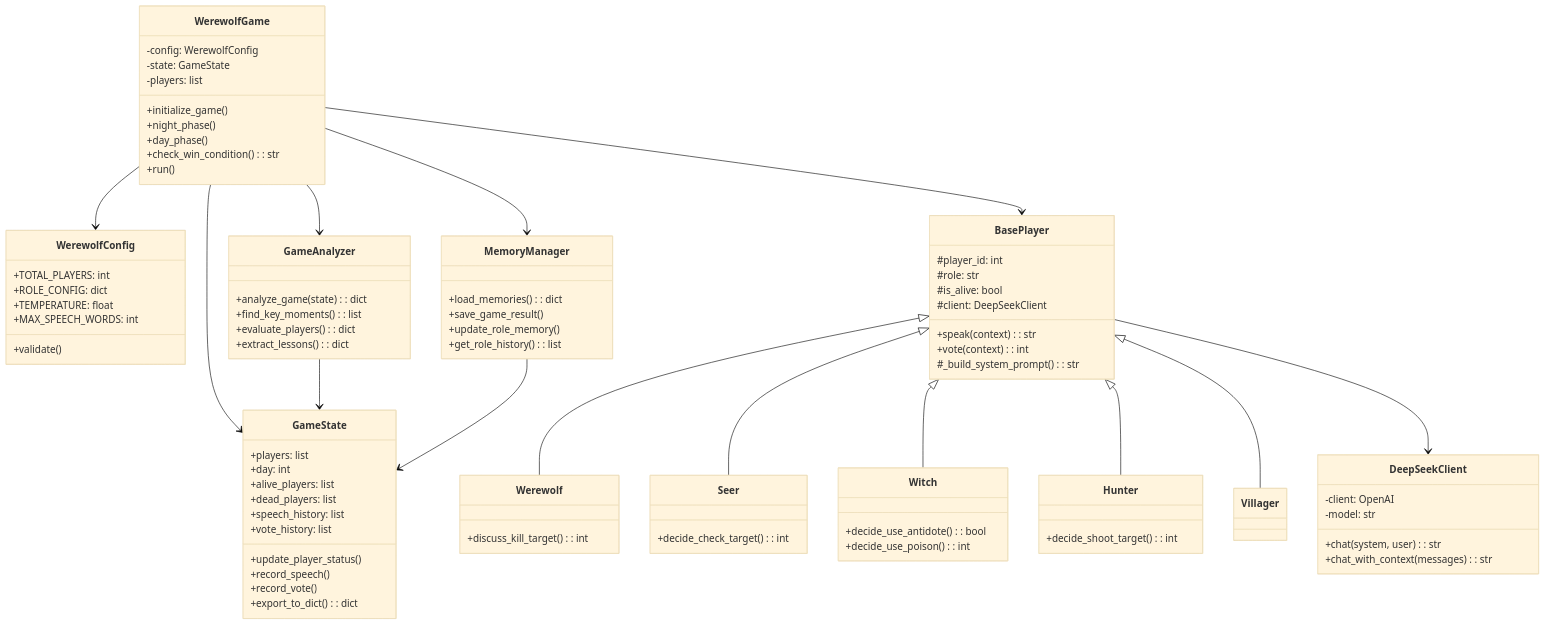
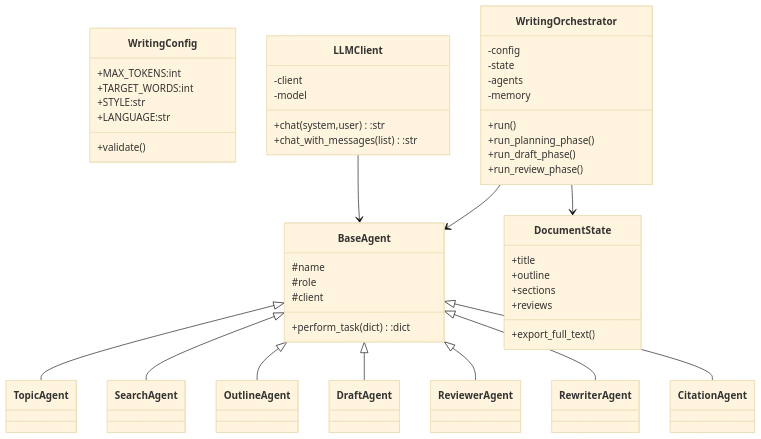
The eighth of 9 diagrams in README.md (ddssmm1/ai-writing-workflow), drawn with Mermaid (base theme) before and after one commit. The commit also changed other lines of this file, not shown here.

````diff
--- a/README.md
+++ b/README.md
@@ -266,102 +219,63 @@
 ```mermaid
 classDiagram
-    class WerewolfConfig {
-        +TOTAL_PLAYERS: int
-        +ROLE_CONFIG: dict
-        +TEMPERATURE: float
-        +MAX_SPEECH_WORDS: int
+    class WritingConfig {
+        +MAX_TOKENS:int
+        +TARGET_WORDS:int
+        +STYLE:str
+        +LANGUAGE:str
         +validate()
     }
 
-    class DeepSeekClient {
-        -client: OpenAI
-        -model: str
-        +chat(system, user): str
-        +chat_with_context(messages): str
+    class LLMClient {
+        -client
+        -model
+        +chat(system,user):str
+        +chat_with_messages(list):str
     }
 
-    class BasePlayer {
-        #player_id: int
-        #role: str
-        #is_alive: bool
-        #client: DeepSeekClient
-        +speak(context): str
-        +vote(context): int
-        #_build_system_prompt(): str
+    class BaseAgent {
+        #name
+        #role
+        #client
+        +perform_task(dict):dict
     }
 
-    class Werewolf {
-        +discuss_kill_target(): int
+    class TopicAgent
+    class SearchAgent
+    class OutlineAgent
+    class DraftAgent
+    class ReviewerAgent
+    class RewriterAgent
+    class CitationAgent
+
+    BaseAgent <|-- TopicAgent
+    BaseAgent <|-- SearchAgent
+    BaseAgent <|-- OutlineAgent
+    BaseAgent <|-- DraftAgent
+    BaseAgent <|-- ReviewerAgent
+    BaseAgent <|-- RewriterAgent
+    BaseAgent <|-- CitationAgent
+
+    class DocumentState {
+        +title
+        +outline
+        +sections
+        +reviews
+        +export_full_text()
     }
 
-    class Seer {
-        +decide_check_target(): int
+    class WritingOrchestrator {
+        -config
+        -state
+        -agents
+        -memory
+        +run()
+        +run_planning_phase()
+        +run_draft_phase()
+        +run_review_phase()
     }
 
-    class Witch {
-        +decide_use_antidote(): bool
-        +decide_use_poison(): int
-    }
-
-    class Hunter {
-        +decide_shoot_target(): int
-    }
-
-    class Villager {
-    }
-
-    class GameState {
-        +players: list
-        +day: int
-        +alive_players: list
-        +dead_players: list
-        +speech_history: list
-        +vote_history: list
-        +update_player_status()
-        +record_speech()
-        +record_vote()
-        +export_to_dict(): dict
-    }
-
-    class WerewolfGame {
-        -config: WerewolfConfig
-        -state: GameState
-        -players: list
-        +initialize_game()
-        +night_phase()
-        +day_phase()
-        +check_win_condition(): str
-        +run()
-    }
-
-    class GameAnalyzer {
-        +analyze_game(state): dict
-        +find_key_moments(): list
-        +evaluate_players(): dict
-        +extract_lessons(): dict
-    }
-
-    class MemoryManager {
-        +load_memories(): dict
-        +save_game_result()
-        +update_role_memory()
-        +get_role_history(): list
-    }
-
-    BasePlayer <|-- Werewolf
-    BasePlayer <|-- Seer
-    BasePlayer <|-- Witch
-    BasePlayer <|-- Hunter
-    BasePlayer <|-- Villager
-
-    WerewolfGame --> WerewolfConfig
-    WerewolfGame --> GameState
-    WerewolfGame --> BasePlayer
-    WerewolfGame --> GameAnalyzer
-    WerewolfGame --> MemoryManager
-
-    BasePlayer --> DeepSeekClient
-
-    GameAnalyzer --> GameState
-    MemoryManager --> GameState
+    LLMClient --> BaseAgent
+    WritingOrchestrator --> DocumentState
+    WritingOrchestrator --> BaseAgent
 ```
````
